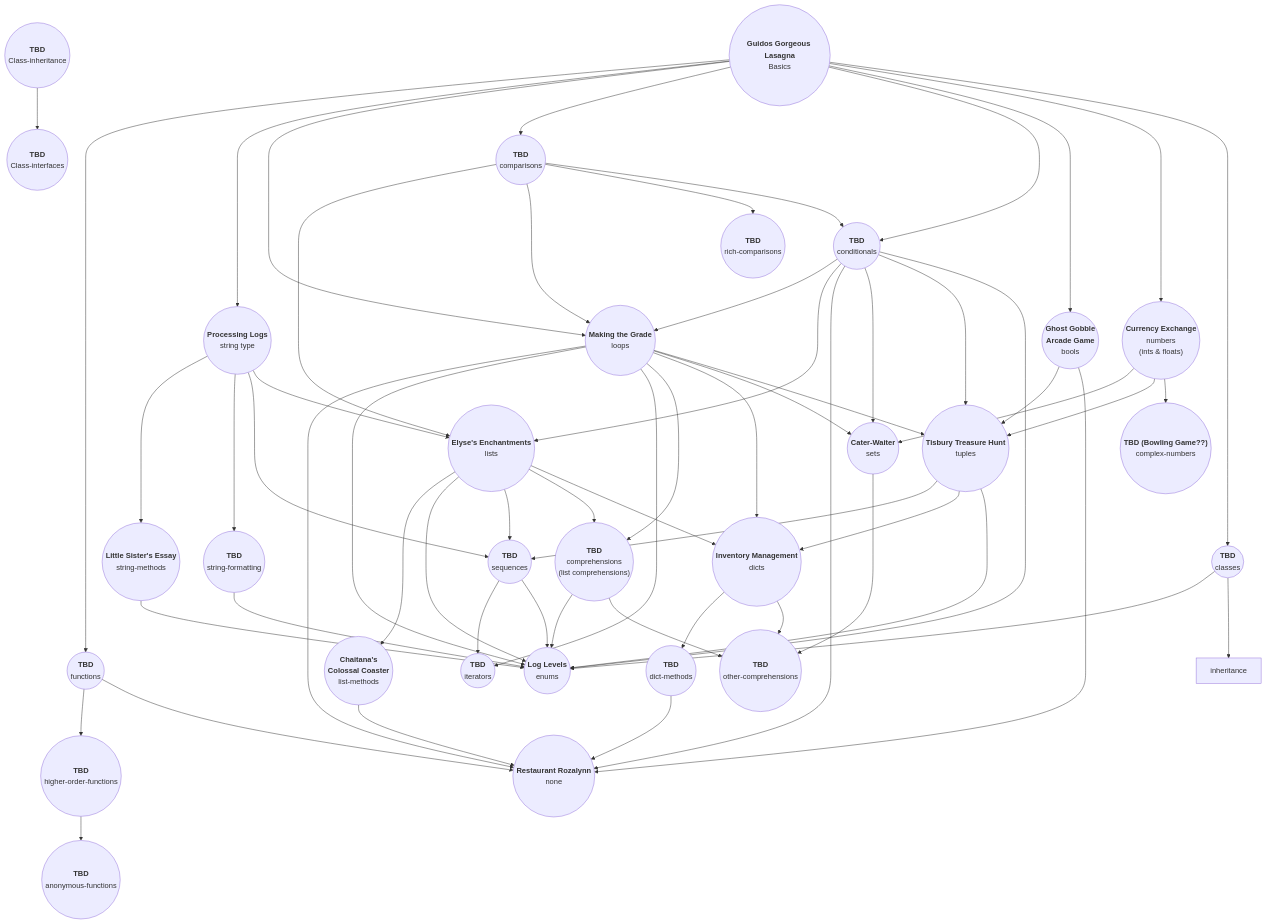
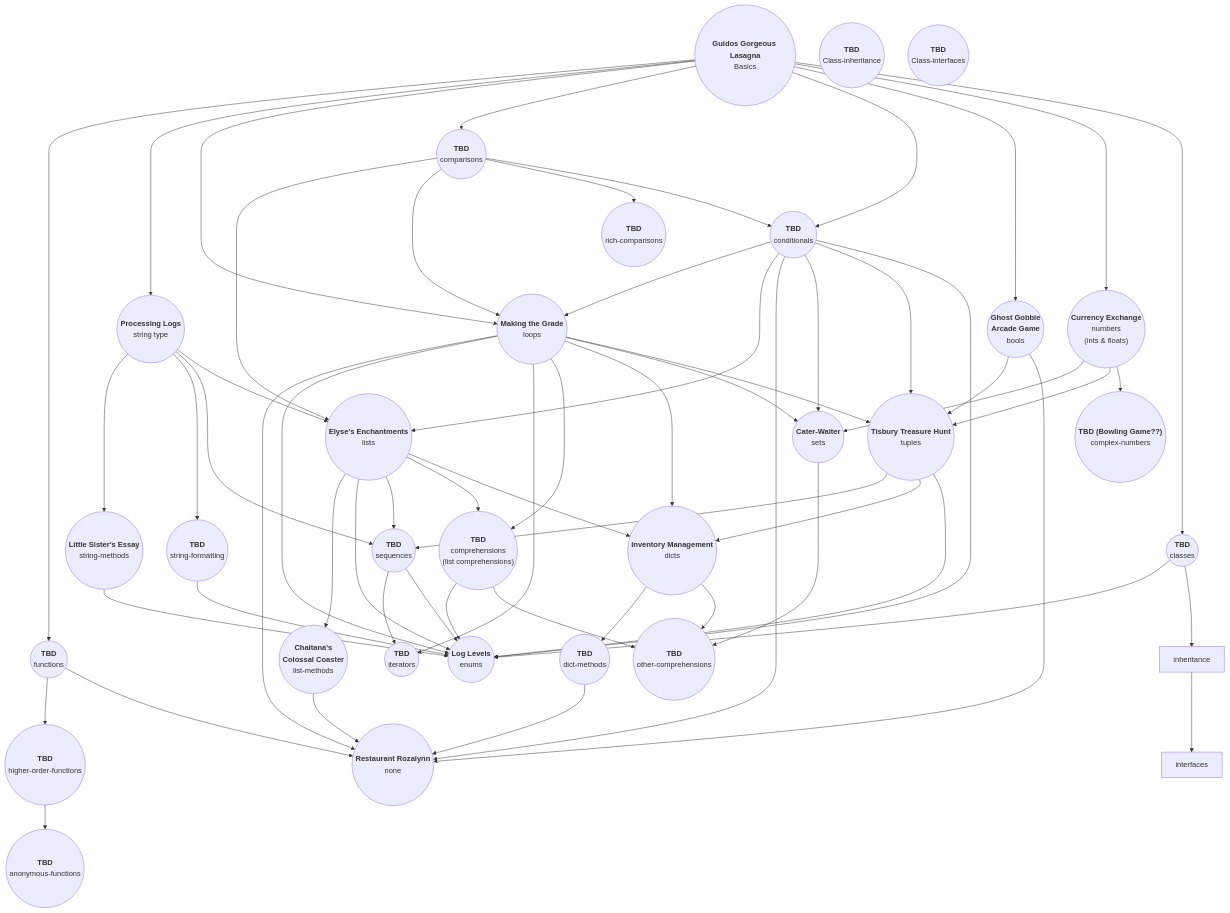
One commit to exercism/v3 changed the diagram in languages/python/exercises/README.md. Above: the diagram before and after it, drawn with Mermaid.

````diff
--- a/languages/python/exercises/README.md
+++ b/languages/python/exercises/README.md
@@ -25,61 +25,61 @@
 ```mermaid
 flowchart TD
 
 %%concepts & exercise names (node lables)
 Basics((<b>Guidos Gorgeous Lasagna</b><br>Basics))
 bools((<b>Ghost Gobble<br>Arcade Game</b><br>bools))
 classes((<b>TBD</b><br>classes))
 Class-inheritance((<b>TBD</b><br>Class-inheritance))
 Class-interfaces((<b>TBD</b><br>Class-interfaces))
 comparisons((<b>TBD</b><br>comparisons))
 comprehensions(("<b>TBD</b><br>comprehensions<br>(list comprehensions)"))
 other-comprehensions((<b>TBD</b><br>other-comprehensions))
 conditionals((<b>TBD</b><br>conditionals))
 dicts((<b>Inventory Management</b><br>dicts))
 dict-methods((<b>TBD</b><br>dict-methods))
 enums((<b>Log Levels</b><br>enums))
 functions((<b>TBD</b><br>functions))
 higher-order-functions((<b>TBD</b><br>higher-order-functions))
 anonymous-functions((<b>TBD</b><br>anonymous-functions))
 iterators((<b>TBD</b><br>iterators))
 lists((<b>Elyse's Enchantments</b><br>lists))
 list-methods((<b>Chaitana's<br>Colossal Coaster</b><br>list-methods))
 loops((<b>Making the Grade</b><br>loops))
 none((<b>Restaurant Rozalynn</b><br>none))
 numbers(("<b>Currency Exchange</b><br>numbers<br>(ints & floats)"))
 complex-numbers(("<b>TBD (Bowling Game??)</b><br>complex-numbers"))
 rich-comparisons((<b>TBD</b><br>rich-comparisons))
 sequences((<b>TBD</b><br>sequences))
 sets((<b>Cater-Waiter</b><br>sets))
 strings((<b>Processing Logs</b> <br>string type))
 string-formatting((<b>TBD</b> <br>string-formatting))
 string-methods((<b>Little Sister's Essay</b><br>string-methods))
 tuples((<b>Tisbury Treasure Hunt</b><br>tuples))
 
 
 %%exercise prerequisites (node relations)
 Basics --> functions & strings & loops & comparisons & conditionals & bools
 Basics --> numbers & classes
 
 bools --> tuples & none
 classes --> enums & inheritance
 comparisons --> lists & loops
 comparisons --> rich-comparisons & conditionals
 comprehensions --> enums & other-comprehensions
 conditionals --> loops & lists & none & sets & tuples & enums
-Class-inheritance --> Class-interfaces
+inheritance --> interfaces
 dicts --> dict-methods & other-comprehensions
 dict-methods --> none
 functions --> higher-order-functions & none
 higher-order-functions --> anonymous-functions
 lists --> list-methods & enums & sequences & comprehensions & dicts
 list-methods --> none
 loops --> none & enums & iterators & comprehensions & dicts & sets & tuples
 numbers -->  sets & tuples & complex-numbers
 sequences --> iterators & enums
 sets --> other-comprehensions
 strings --> string-methods & string-formatting
 strings --> sequences & lists
 string-methods & string-formatting --> enums
 tuples --> sequences & dicts & enums
 ```
````
